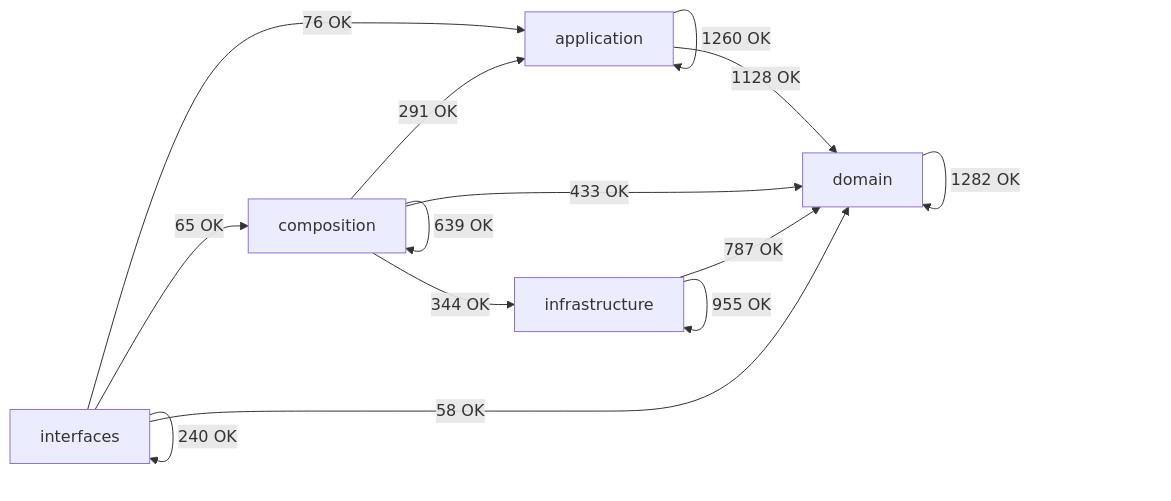
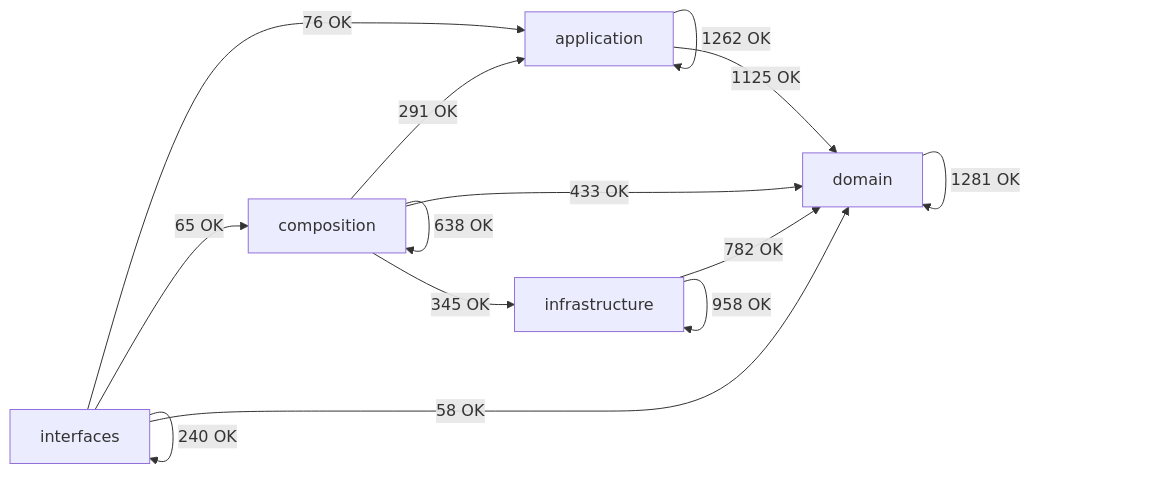
One commit to SatoryKono/BioactivityDataAcquisition changed the diagram in docs/02-architecture/generated/module-dependency-map.md. Above: the diagram before and after it, drawn with Mermaid. The commit also changed other lines of this file and 24 other files, not shown here.

````diff
--- a/docs/02-architecture/generated/module-dependency-map.md
+++ b/docs/02-architecture/generated/module-dependency-map.md
@@ -17,21 +17,21 @@
 ```mermaid
 flowchart LR
     domain[domain]
     application[application]
     infrastructure[infrastructure]
     composition[composition]
     interfaces[interfaces]
-    application -->|1260 OK| application
-    application -->|1128 OK| domain
+    application -->|1262 OK| application
+    application -->|1125 OK| domain
     composition -->|291 OK| application
-    composition -->|639 OK| composition
+    composition -->|638 OK| composition
     composition -->|433 OK| domain
-    composition -->|344 OK| infrastructure
-    domain -->|1282 OK| domain
-    infrastructure -->|787 OK| domain
-    infrastructure -->|955 OK| infrastructure
+    composition -->|345 OK| infrastructure
+    domain -->|1281 OK| domain
+    infrastructure -->|782 OK| domain
+    infrastructure -->|958 OK| infrastructure
     interfaces -->|76 OK| application
     interfaces -->|65 OK| composition
     interfaces -->|58 OK| domain
     interfaces -->|240 OK| interfaces
 ```
````
